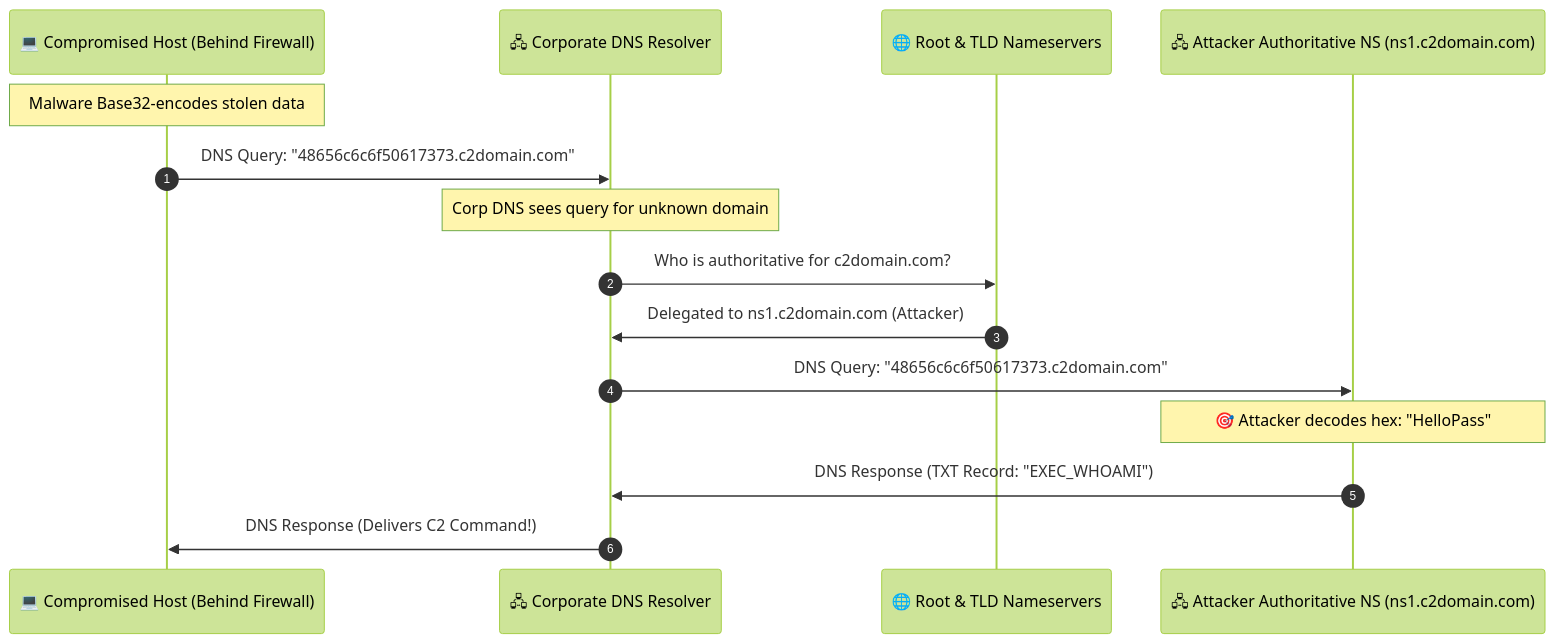
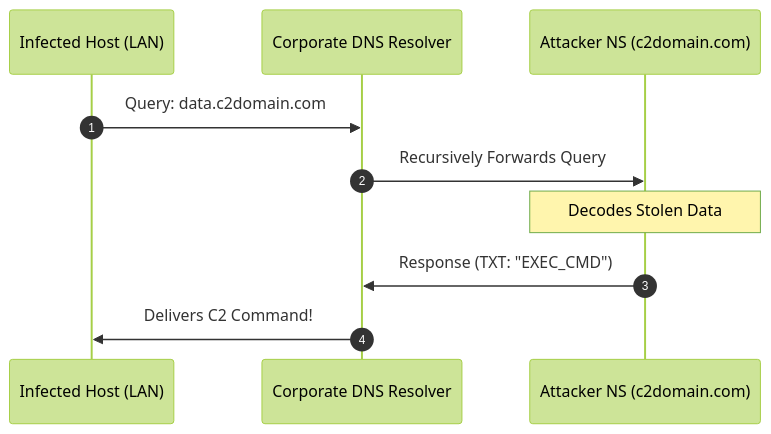
Before and after one commit to DaddyZyn/Cyber-security-notes: the first of 2 diagrams in topics/12-dns-tunneling-covert-channels-and-exfiltration/README.md, drawn with Mermaid (forest theme). The commit also changed other lines of this file and 19 other files, not shown here.

Commit message:
fix: overhaul all Mermaid diagrams with clean vertical layouts and short line-wrapping to prevent GitHub clipping

````diff
--- a/topics/12-dns-tunneling-covert-channels-and-exfiltration/README.md
+++ b/topics/12-dns-tunneling-covert-channels-and-exfiltration/README.md
@@ -31,18 +31,13 @@
 ```mermaid
 sequenceDiagram
     autonumber
-    participant Malware as 💻 Compromised Host (Behind Firewall)
-    participant CorpDNS as 🖧 Corporate DNS Resolver
-    participant RootTLD as 🌐 Root & TLD Nameservers
-    participant C2 as 🖧 Attacker Authoritative NS (ns1.c2domain.com)
+    participant Malware as Infected Host (LAN)
+    participant CorpDNS as Corporate DNS Resolver
+    participant C2 as Attacker NS (c2domain.com)
 
-    Note over Malware: Malware Base32-encodes stolen data
-    Malware->>CorpDNS: DNS Query: "48656c6c6f50617373.c2domain.com"
-    Note over CorpDNS: Corp DNS sees query for unknown domain
-    CorpDNS->>RootTLD: Who is authoritative for c2domain.com?
-    RootTLD->>CorpDNS: Delegated to ns1.c2domain.com (Attacker)
-    CorpDNS->>C2: DNS Query: "48656c6c6f50617373.c2domain.com"
-    Note over C2: 🎯 Attacker decodes hex: "HelloPass"
-    C2->>CorpDNS: DNS Response (TXT Record: "EXEC_WHOAMI")
-    CorpDNS->>Malware: DNS Response (Delivers C2 Command!)
+    Malware->>CorpDNS: Query: data.c2domain.com
+    CorpDNS->>C2: Recursively Forwards Query
+    Note over C2: Decodes Stolen Data
+    C2->>CorpDNS: Response (TXT: "EXEC_CMD")
+    CorpDNS->>Malware: Delivers C2 Command!
 ```
````
